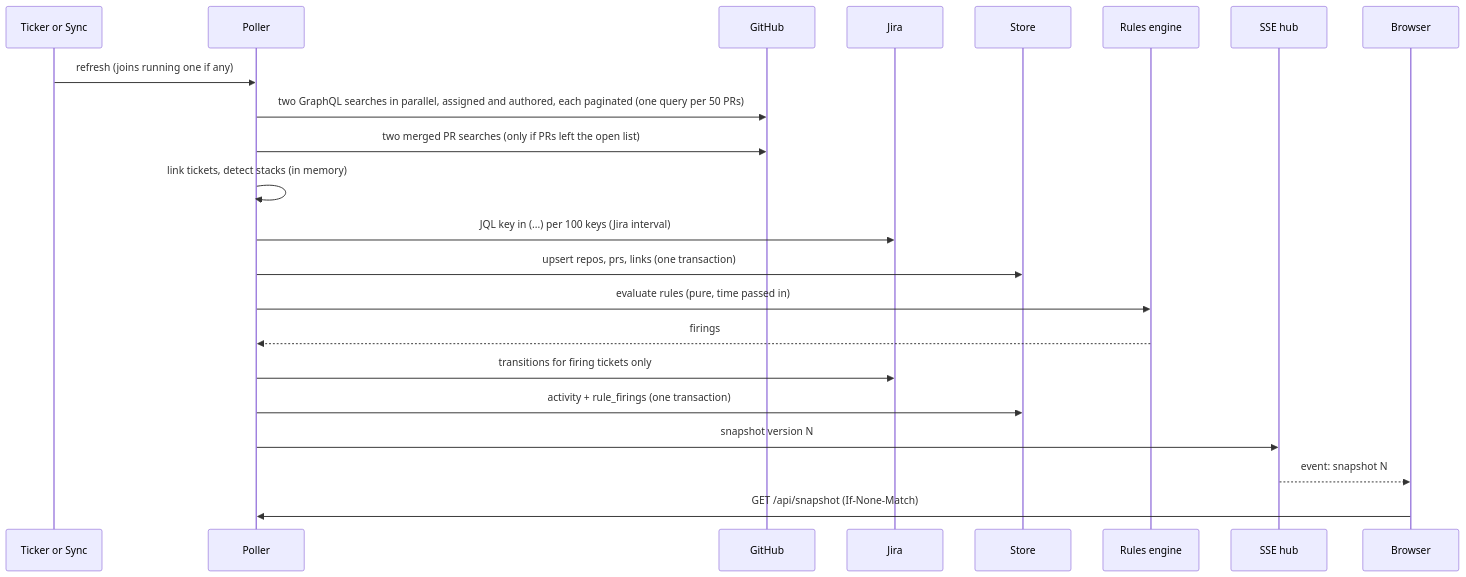
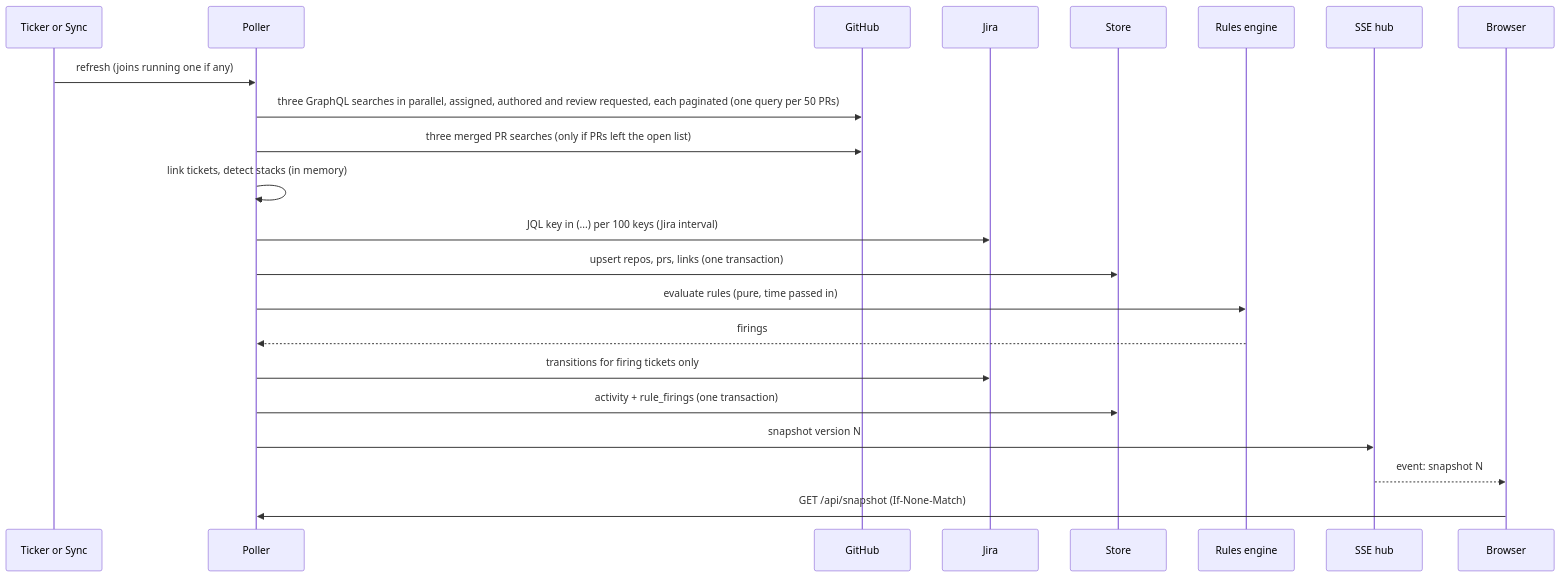
The second of 3 diagrams in docs/architecture.md (ATP-MiNTo/PRDashboards), drawn with Mermaid before and after one commit. The commit also changed other lines of this file and 11 other files, not shown here.

First line of the commit message:
docs: describe the review requested search, the reviewer role, the Show modes and the red Blocked tile

````diff
--- a/docs/architecture.md
+++ b/docs/architecture.md
@@ -53,25 +53,25 @@
 ```mermaid
 sequenceDiagram
   participant T as Ticker or Sync
   participant P as Poller
   participant G as GitHub
   participant J as Jira
   participant S as Store
   participant R as Rules engine
   participant H as SSE hub
   participant B as Browser
 
   T->>P: refresh (joins running one if any)
-  P->>G: two GraphQL searches in parallel, assigned and authored, each paginated (one query per 50 PRs)
-  P->>G: two merged PR searches (only if PRs left the open list)
+  P->>G: three GraphQL searches in parallel, assigned, authored and review requested, each paginated (one query per 50 PRs)
+  P->>G: three merged PR searches (only if PRs left the open list)
   P->>P: link tickets, detect stacks (in memory)
   P->>J: JQL key in (...) per 100 keys (Jira interval)
   P->>S: upsert repos, prs, links (one transaction)
   P->>R: evaluate rules (pure, time passed in)
   R-->>P: firings
   P->>J: transitions for firing tickets only
   P->>S: activity + rule_firings (one transaction)
   P->>H: snapshot version N
   H-->>B: event: snapshot N
   B->>P: GET /api/snapshot (If-None-Match)
 ```
````
